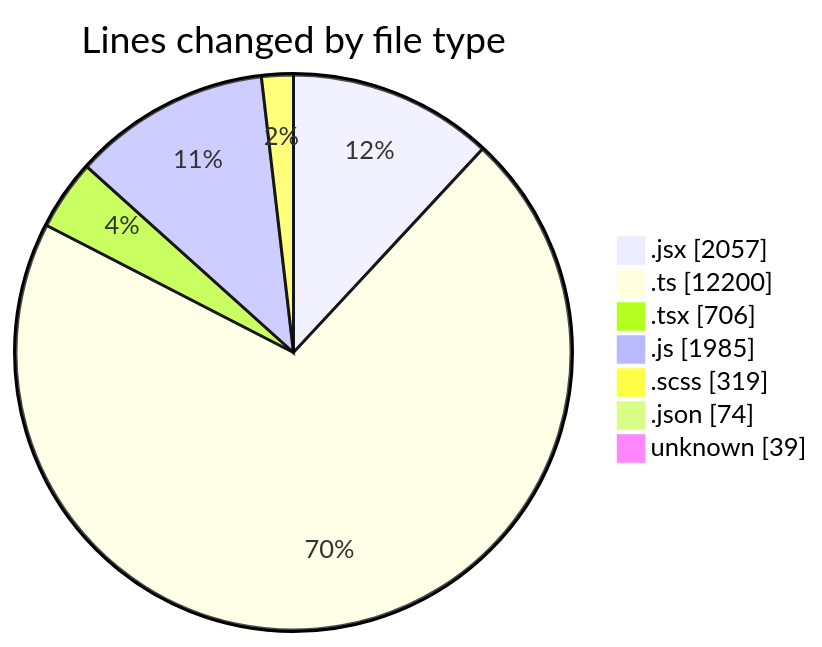
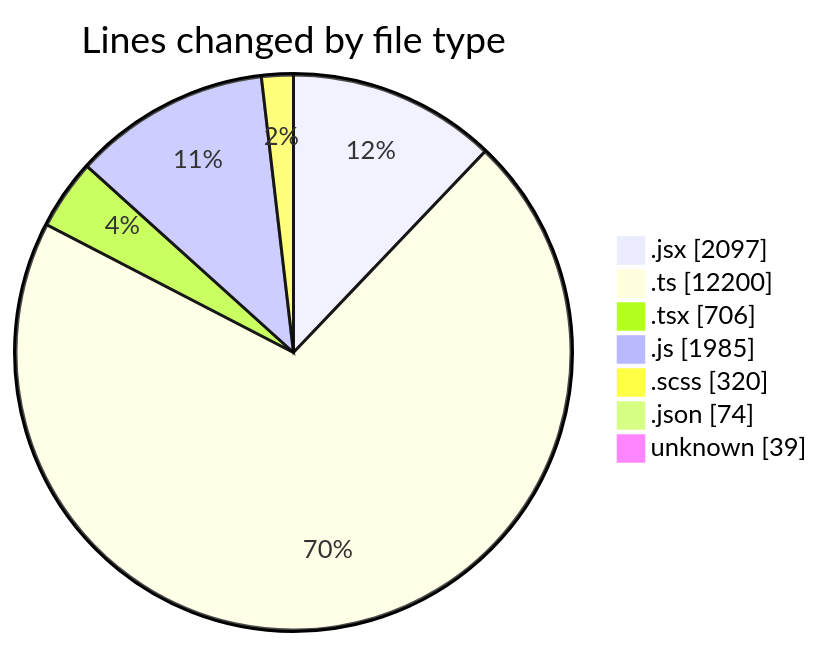
Before and after one commit to momahboobian/code-tracking: the first of 2 diagrams in 2025-06-05/cda/README.md, drawn with Mermaid. The commit also changed other lines of this file and 1 other file, not shown here.

````diff
--- a/2025-06-05/cda/README.md
+++ b/2025-06-05/cda/README.md
@@ -50,11 +50,11 @@
 ```mermaid
 pie showData
 title Lines changed by file type
-".jsx" : 2057
+".jsx" : 2097
 ".ts" : 12200
 ".tsx" : 706
 ".js" : 1985
-".scss" : 319
+".scss" : 320
 ".json" : 74
 "unknown" : 39
 ```
````
